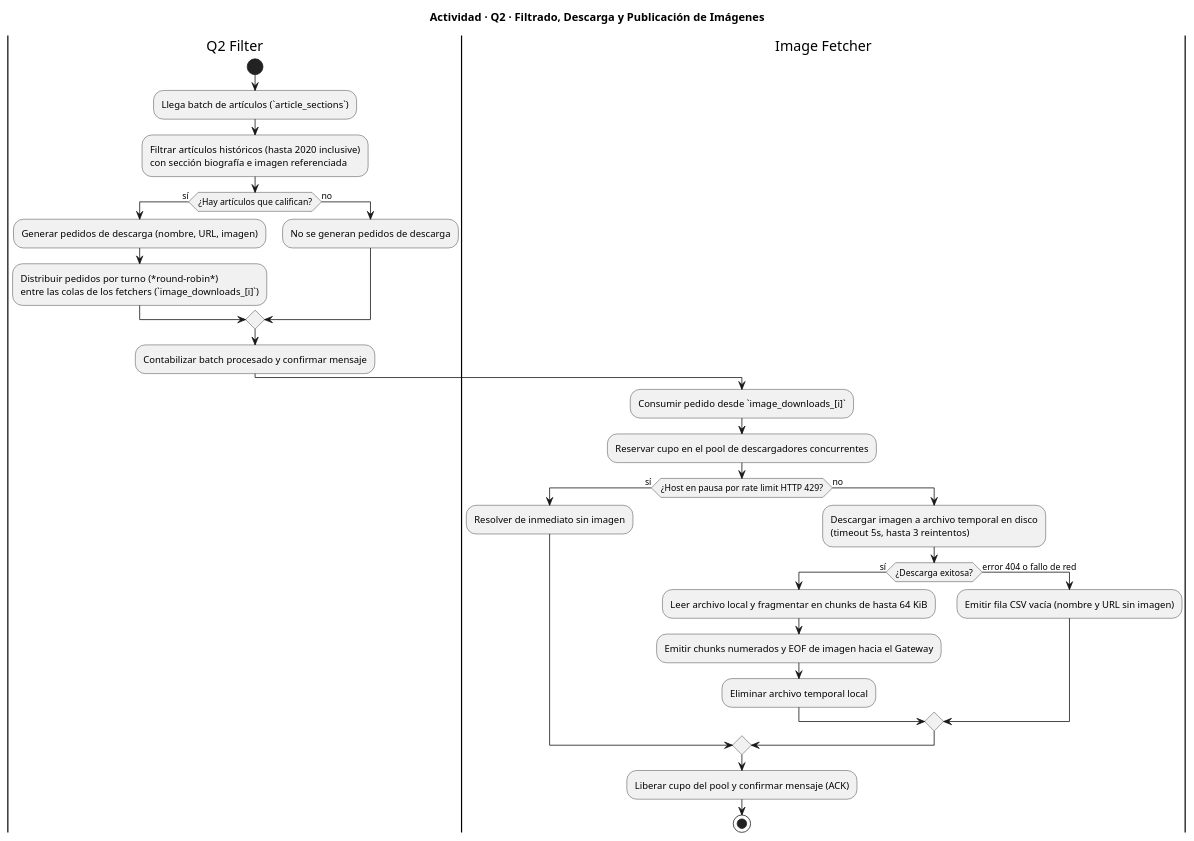
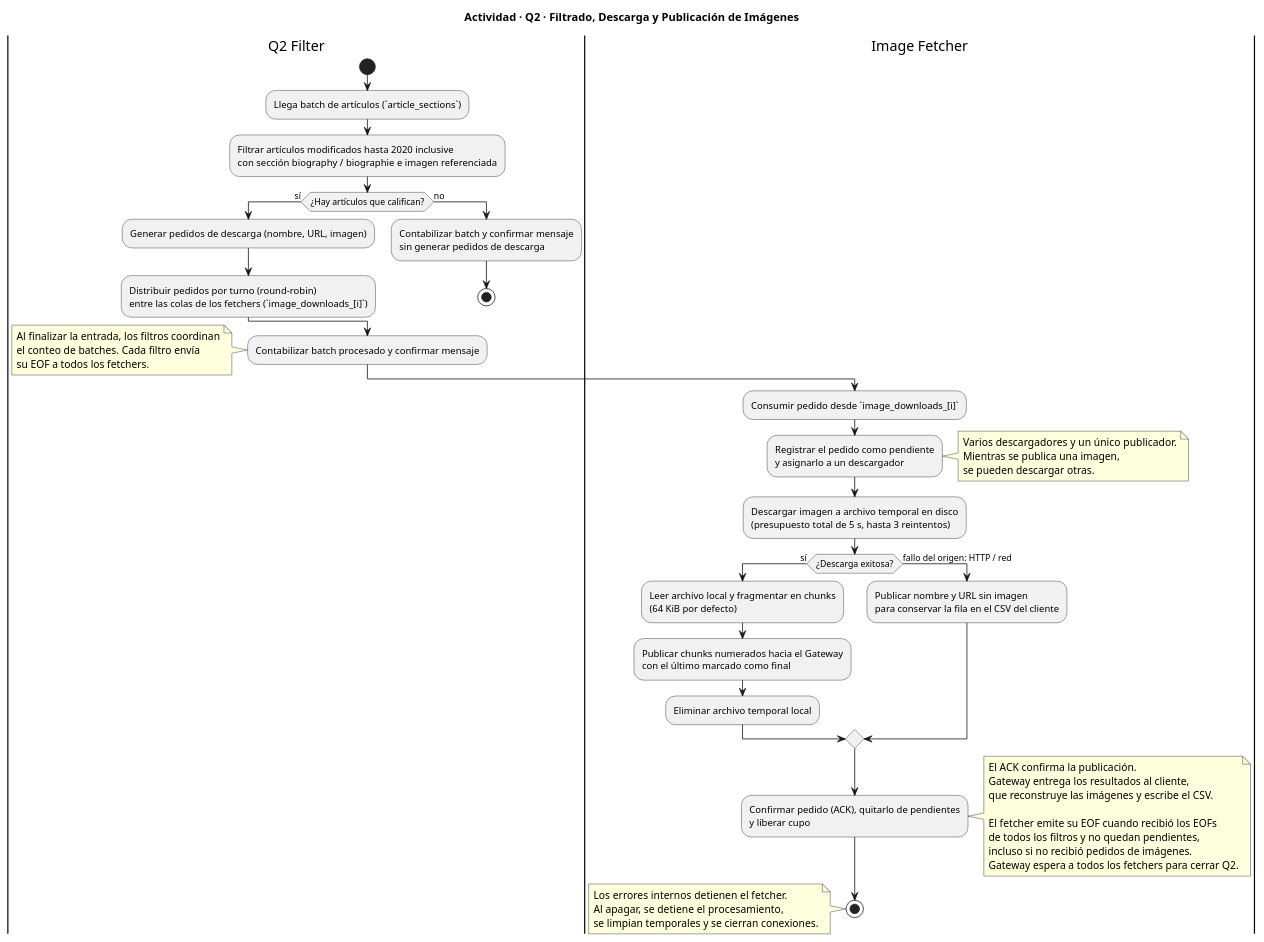
The diagram in Diagramas/actividad/actividad q2.puml (NicoPodesta/trabajo-final-distribuidos), drawn with PlantUML before and after one commit. The commit also changed 2 other files, not shown here.

Commit message:
Docs: Actualizo diagrama de actividad q2

```diff
--- a/Diagramas/actividad/actividad q2.puml
+++ b/Diagramas/actividad/actividad q2.puml
@@ -1,40 +1,63 @@
 @startuml
 skinparam shadowing false
 
 title Actividad · Q2 · Filtrado, Descarga y Publicación de Imágenes
 
 |Q2 Filter|
 start
 :Llega batch de artículos (`article_sections`);
-:Filtrar artículos históricos (hasta 2020 inclusive)\ncon sección biografía e imagen referenciada;
+:Filtrar artículos modificados hasta 2020 inclusive\ncon sección biography / biographie e imagen referenciada;
 
 if (¿Hay artículos que califican?) then (sí)
   :Generar pedidos de descarga (nombre, URL, imagen);
-  :Distribuir pedidos por turno (*round-robin*)\nentre las colas de los fetchers (`image_downloads_[i]`);
+  :Distribuir pedidos por turno (round-robin)\nentre las colas de los fetchers (`image_downloads_[i]`);
 else (no)
-  :No se generan pedidos de descarga;
+  :Contabilizar batch y confirmar mensaje\nsin generar pedidos de descarga;
+  stop
 endif
 
 :Contabilizar batch procesado y confirmar mensaje;
+note left
+  Al finalizar la entrada, los filtros coordinan
+  el conteo de batches. Cada filtro envía
+  su EOF a todos los fetchers.
+end note
 
 |Image Fetcher|
 :Consumir pedido desde `image_downloads_[i]`;
-:Reservar cupo en el pool de descargadores concurrentes;
+:Registrar el pedido como pendiente\ny asignarlo a un descargador;
+note right
+  Varios descargadores y un único publicador.
+  Mientras se publica una imagen,
+  se pueden descargar otras.
+end note
 
-if (¿Host en pausa por rate limit HTTP 429?) then (sí)
-  :Resolver de inmediato sin imagen;
-else (no)
-  :Descargar imagen a archivo temporal en disco\n(timeout 5s, hasta 3 reintentos);
-  if (¿Descarga exitosa?) then (sí)
-    :Leer archivo local y fragmentar en chunks de hasta 64 KiB;
-    :Emitir chunks numerados y EOF de imagen hacia el Gateway;
-    :Eliminar archivo temporal local;
-  else (error 404 o fallo de red)
-    :Emitir fila CSV vacía (nombre y URL sin imagen);
-  endif
+:Descargar imagen a archivo temporal en disco\n(presupuesto total de 5 s, hasta 3 reintentos);
+if (¿Descarga exitosa?) then (sí)
+  :Leer archivo local y fragmentar en chunks\n(64 KiB por defecto);
+  :Publicar chunks numerados hacia el Gateway\ncon el último marcado como final;
+  :Eliminar archivo temporal local;
+else (fallo del origen: HTTP / red)
+  :Publicar nombre y URL sin imagen\npara conservar la fila en el CSV del cliente;
 endif
 
-:Liberar cupo del pool y confirmar mensaje (ACK);
+:Confirmar pedido (ACK), quitarlo de pendientes\ny liberar cupo;
+note right
+  El ACK confirma la publicación.
+  Gateway entrega los resultados al cliente,
+  que reconstruye las imágenes y escribe el CSV.
+
+  El fetcher emite su EOF cuando recibió los EOFs
+  de todos los filtros y no quedan pendientes,
+  incluso si no recibió pedidos de imágenes.
+  Gateway espera a todos los fetchers para cerrar Q2.
+end note
 stop
 
+note left
+  Los errores internos detienen el fetcher.
+  Al apagar, se detiene el procesamiento,
+  se limpian temporales y se cierran conexiones.
+end note
+
 @enduml
```
